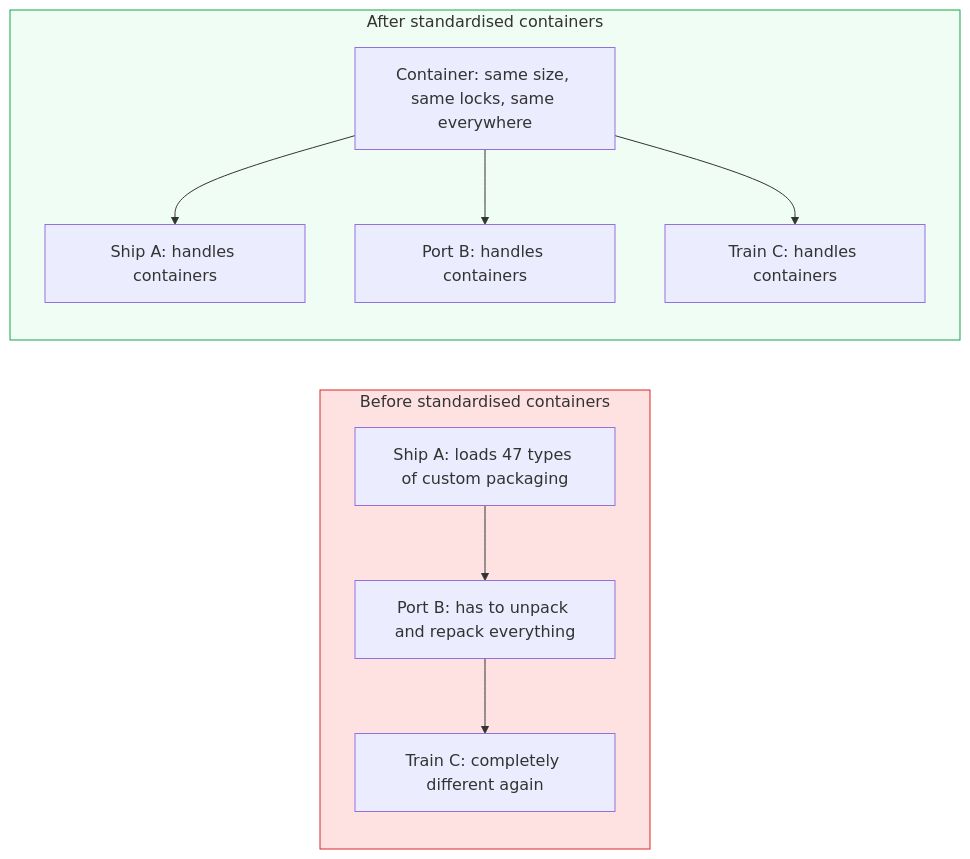
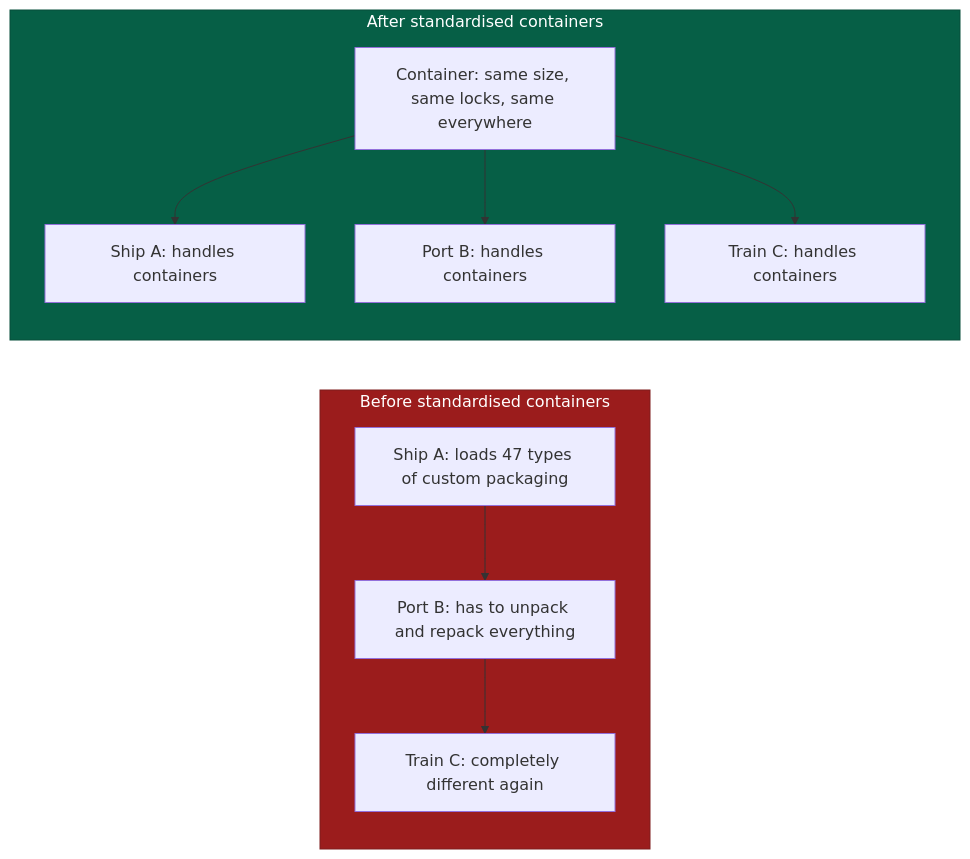
Before and after one commit to Ch3w3y/docker_gcp: the first of 8 diagrams in docs/docker-containers.md, drawn with Mermaid. The commit also changed other lines of this file and 11 other files, not shown here.

First line of the commit message:
Fix/mermaid contrast and linebreaks (#17)

````diff
--- a/docs/docker-containers.md
+++ b/docs/docker-containers.md
@@ -36,24 +36,24 @@
 ```mermaid
 flowchart LR
     subgraph Before["Before standardised containers"]
         direction TB
         S1["Ship A: loads 47 types of custom packaging"]
         S2["Port B: has to unpack and repack everything"]
         S3["Train C: completely different again"]
         S1 --> S2 --> S3
     end
 
     subgraph After["After standardised containers"]
         direction TB
         C["Container: same size, same locks, same everywhere"]
         P1["Ship A: handles containers"]
         P2["Port B: handles containers"]
         P3["Train C: handles containers"]
         C --> P1
         C --> P2
         C --> P3
     end
 
-    style Before fill:#fee2e2,stroke:#dc2626
-    style After fill:#f0fdf4,stroke:#16a34a
+    style Before fill:#9b1c1c,stroke:#7f1d1d,color:#ffffff
+    style After fill:#065f46,stroke:#064e3b,color:#ffffff
 ```
````
